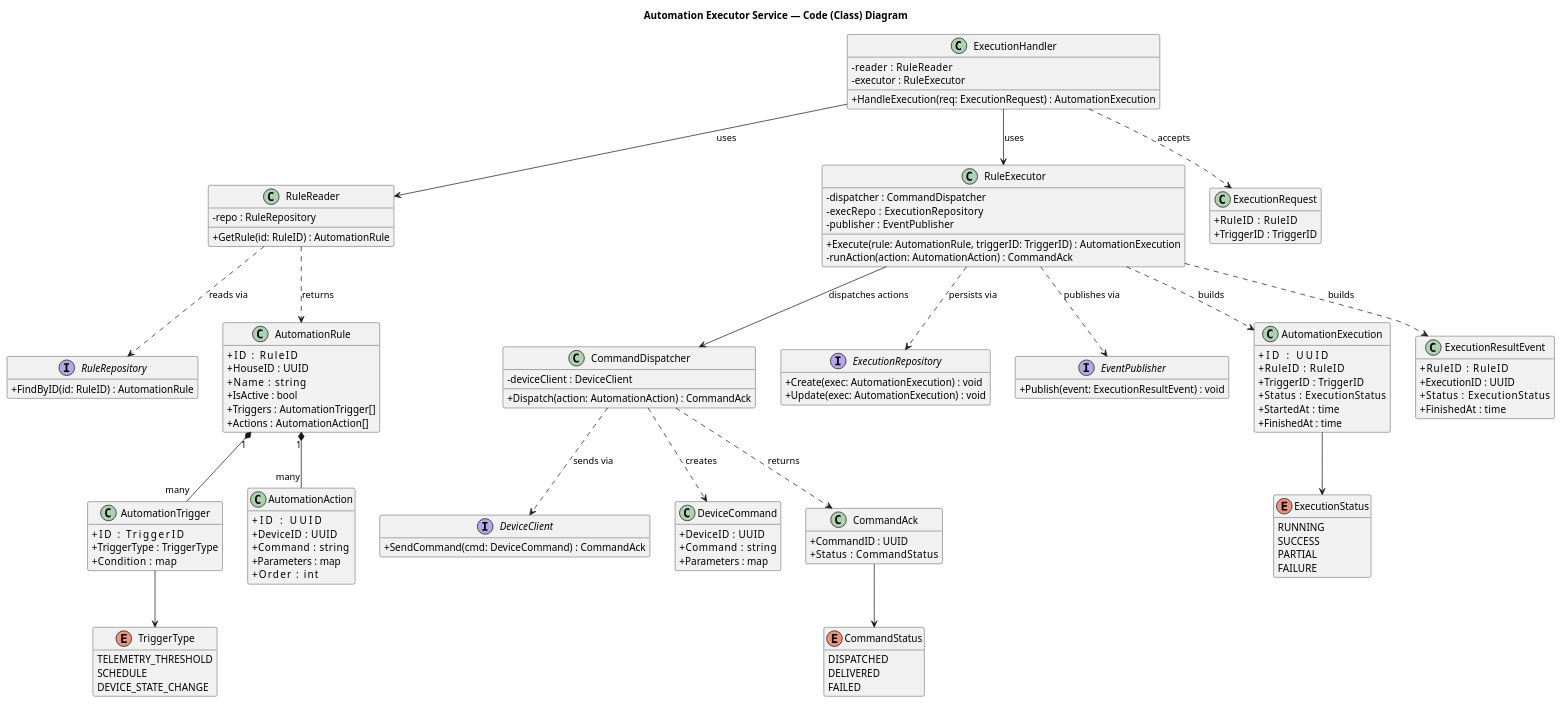
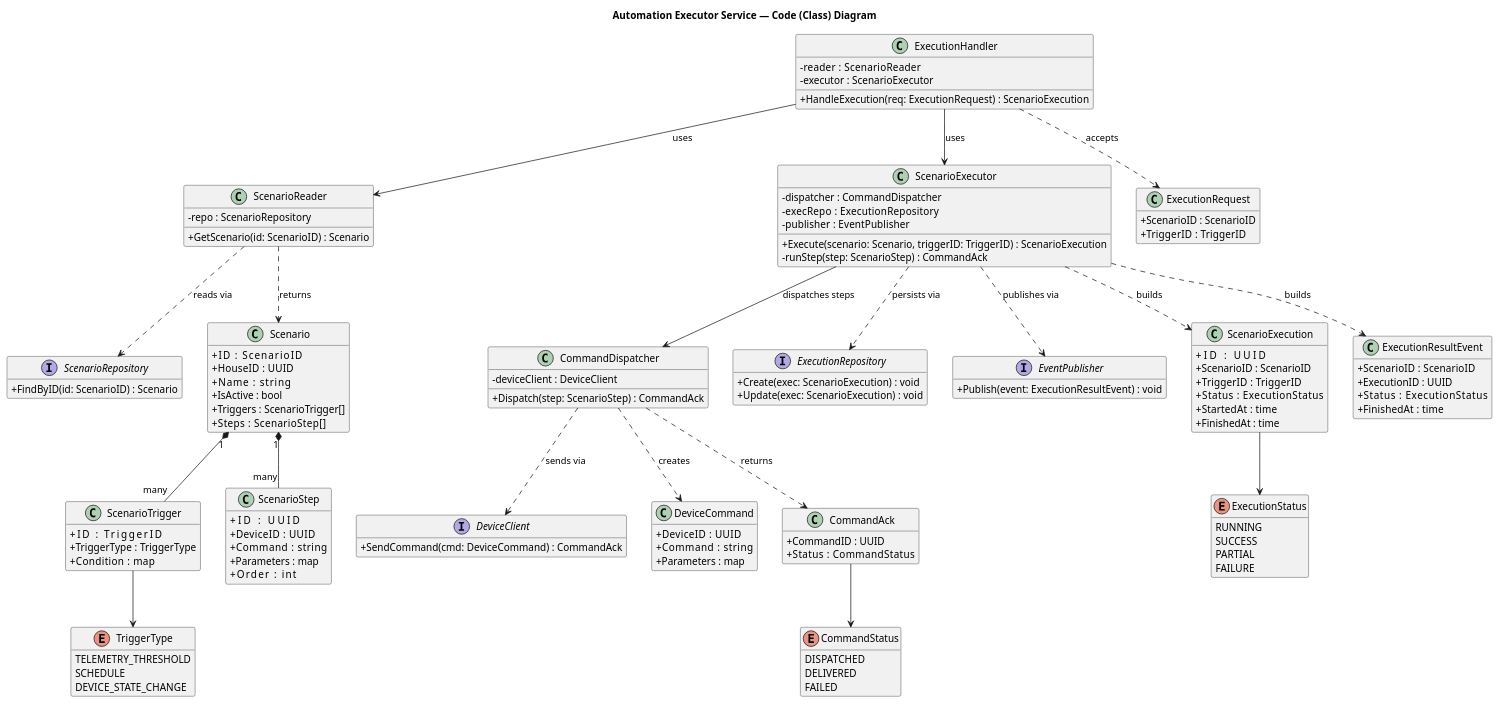
Before and after one commit to eugene-milostivenko/arch_01: the diagram in diagrams/code/automation_executor_class.puml, drawn with PlantUML. The commit also changed 6 other files, not shown here.

Commit message:
ref diagrams

```diff
--- a/diagrams/code/automation_executor_class.puml
+++ b/diagrams/code/automation_executor_class.puml
@@ -1,139 +1,139 @@
 @startuml
 title Automation Executor Service — Code (Class) Diagram
 
 skinparam classAttributeIconSize 0
 hide empty members
 
 ' ── Entry point ───────────────────────────────────────────────────────────────
 class ExecutionHandler {
-  - reader   : RuleReader
-  - executor : RuleExecutor
-  + HandleExecution(req: ExecutionRequest) : AutomationExecution
+  - reader   : ScenarioReader
+  - executor : ScenarioExecutor
+  + HandleExecution(req: ExecutionRequest) : ScenarioExecution
 }
 
-' ── Reads the rule and its actions from the DB ─────────────────────────────────
-class RuleReader {
-  - repo : RuleRepository
-  + GetRule(id: RuleID) : AutomationRule
+' ── Reads the scenario and its steps from the DB ───────────────────────────────
+class ScenarioReader {
+  - repo : ScenarioRepository
+  + GetScenario(id: ScenarioID) : Scenario
 }
 
-' ── Orchestrates ordered execution of the rule's actions ───────────────────────
-class RuleExecutor {
+' ── Orchestrates ordered execution of the scenario's steps ─────────────────────
+class ScenarioExecutor {
   - dispatcher : CommandDispatcher
   - execRepo   : ExecutionRepository
   - publisher  : EventPublisher
-  + Execute(rule: AutomationRule, triggerID: TriggerID) : AutomationExecution
-  - runAction(action: AutomationAction) : CommandAck
+  + Execute(scenario: Scenario, triggerID: TriggerID) : ScenarioExecution
+  - runStep(step: ScenarioStep) : CommandAck
 }
 
-' ── Translates a rule action into a concrete device command ────────────────────
+' ── Translates a scenario step into a concrete device command ──────────────────
 class CommandDispatcher {
   - deviceClient : DeviceClient
-  + Dispatch(action: AutomationAction) : CommandAck
+  + Dispatch(step: ScenarioStep) : CommandAck
 }
 
 ' ── Ports (Go interfaces) ───────────────────────────────────────────────────────
-interface RuleRepository {
-  + FindByID(id: RuleID) : AutomationRule
+interface ScenarioRepository {
+  + FindByID(id: ScenarioID) : Scenario
 }
 interface ExecutionRepository {
-  + Create(exec: AutomationExecution) : void
-  + Update(exec: AutomationExecution) : void
+  + Create(exec: ScenarioExecution) : void
+  + Update(exec: ScenarioExecution) : void
 }
 interface DeviceClient {
   + SendCommand(cmd: DeviceCommand) : CommandAck
 }
 interface EventPublisher {
   + Publish(event: ExecutionResultEvent) : void
 }
 
 ' ── Domain entities (aligned with Automation Management API and ER) ─────────────
-class AutomationRule {
-  + ID       : RuleID
+class Scenario {
+  + ID       : ScenarioID
   + HouseID  : UUID
   + Name     : string
   + IsActive : bool
-  + Triggers : AutomationTrigger[]
-  + Actions  : AutomationAction[]
+  + Triggers : ScenarioTrigger[]
+  + Steps    : ScenarioStep[]
 }
-class AutomationTrigger {
+class ScenarioTrigger {
   + ID          : TriggerID
   + TriggerType : TriggerType
   + Condition   : map
 }
-class AutomationAction {
+class ScenarioStep {
   + ID         : UUID
   + DeviceID   : UUID
   + Command    : string
   + Parameters : map
   + Order      : int
 }
 class DeviceCommand {
   + DeviceID   : UUID
   + Command    : string
   + Parameters : map
 }
 class CommandAck {
   + CommandID : UUID
   + Status    : CommandStatus
 }
-class AutomationExecution {
+class ScenarioExecution {
   + ID         : UUID
-  + RuleID     : RuleID
+  + ScenarioID : ScenarioID
   + TriggerID  : TriggerID
   + Status     : ExecutionStatus
   + StartedAt  : time
   + FinishedAt : time
 }
 class ExecutionRequest {
-  + RuleID    : RuleID
-  + TriggerID : TriggerID
+  + ScenarioID : ScenarioID
+  + TriggerID  : TriggerID
 }
 class ExecutionResultEvent {
-  + RuleID      : RuleID
+  + ScenarioID  : ScenarioID
   + ExecutionID : UUID
   + Status      : ExecutionStatus
   + FinishedAt  : time
 }
 
 enum ExecutionStatus {
   RUNNING
   SUCCESS
   PARTIAL
   FAILURE
 }
 enum CommandStatus {
   DISPATCHED
   DELIVERED
   FAILED
 }
 enum TriggerType {
   TELEMETRY_THRESHOLD
   SCHEDULE
   DEVICE_STATE_CHANGE
 }
 
 ' ── Composition / usage relations ──────────────────────────────────────────────
-ExecutionHandler   --> RuleReader           : uses
-ExecutionHandler   --> RuleExecutor          : uses
-RuleReader         ..> RuleRepository        : reads via
-RuleExecutor       --> CommandDispatcher      : dispatches actions
-RuleExecutor       ..> ExecutionRepository    : persists via
-RuleExecutor       ..> EventPublisher         : publishes via
-CommandDispatcher  ..> DeviceClient           : sends via
+ExecutionHandler   --> ScenarioReader        : uses
+ExecutionHandler   --> ScenarioExecutor       : uses
+ScenarioReader     ..> ScenarioRepository      : reads via
+ScenarioExecutor   --> CommandDispatcher        : dispatches steps
+ScenarioExecutor   ..> ExecutionRepository      : persists via
+ScenarioExecutor   ..> EventPublisher           : publishes via
+CommandDispatcher  ..> DeviceClient             : sends via
 
-AutomationRule "1" *-- "many" AutomationAction
-AutomationRule "1" *-- "many" AutomationTrigger
+Scenario "1" *-- "many" ScenarioStep
+Scenario "1" *-- "many" ScenarioTrigger
 
 CommandDispatcher  ..> DeviceCommand          : creates
 CommandDispatcher  ..> CommandAck             : returns
-RuleReader         ..> AutomationRule         : returns
-RuleExecutor       ..> AutomationExecution    : builds
-RuleExecutor       ..> ExecutionResultEvent   : builds
+ScenarioReader     ..> Scenario               : returns
+ScenarioExecutor   ..> ScenarioExecution      : builds
+ScenarioExecutor   ..> ExecutionResultEvent   : builds
 ExecutionHandler   ..> ExecutionRequest       : accepts
 
-AutomationExecution --> ExecutionStatus
-CommandAck          --> CommandStatus
-AutomationTrigger   --> TriggerType
+ScenarioExecution --> ExecutionStatus
+CommandAck        --> CommandStatus
+ScenarioTrigger   --> TriggerType
 
 @enduml
```
